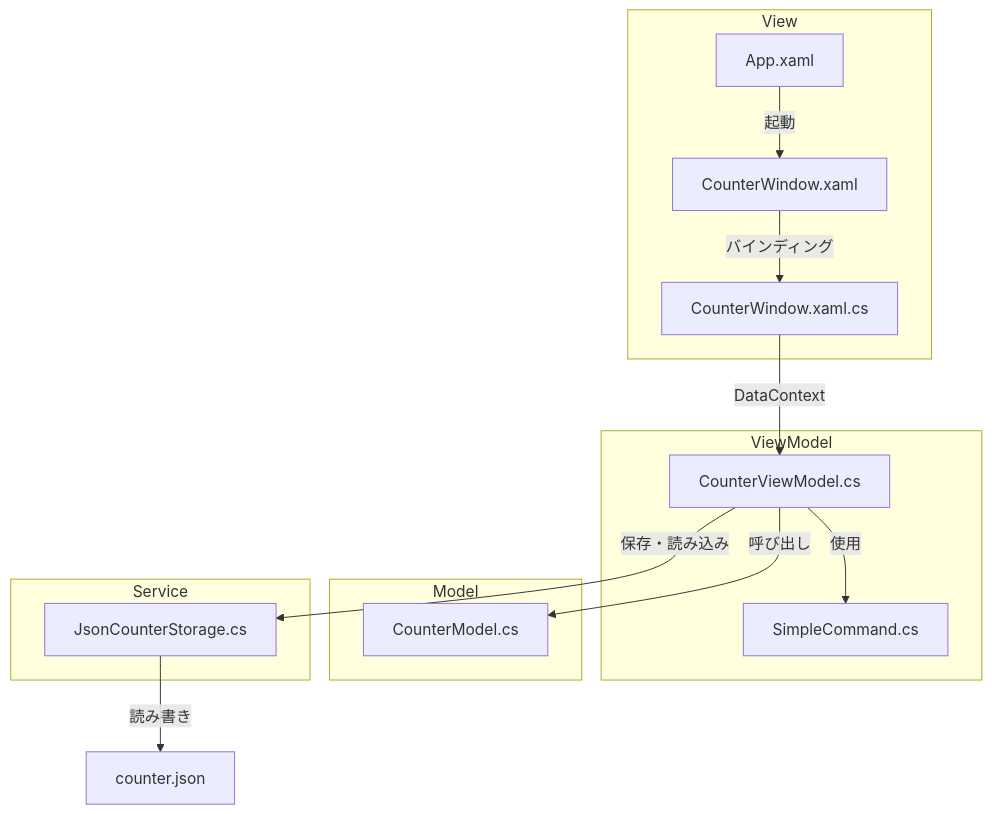
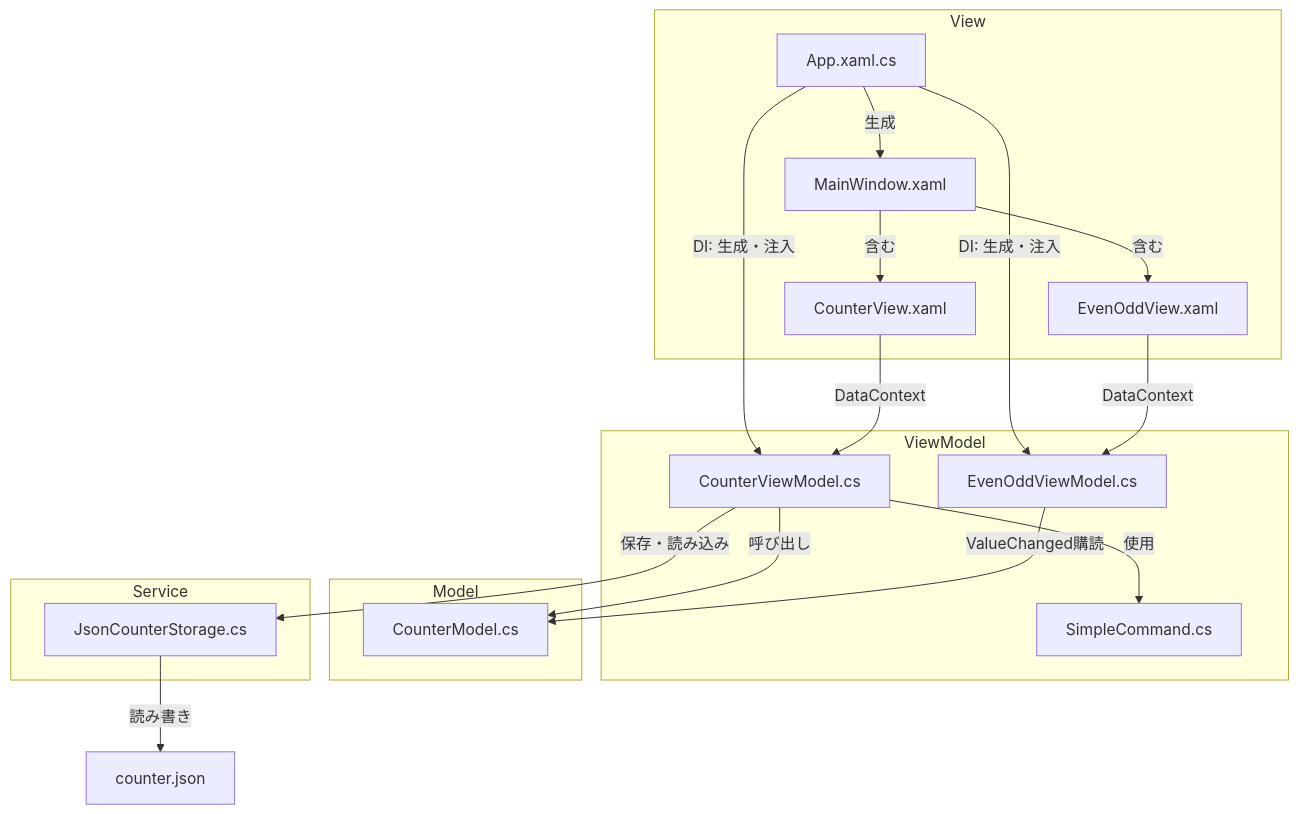
Before and after one commit to mizugame634978/wpf_mvvm_counter: the diagram in README.md, drawn with Mermaid.

Commit message:
docs: アーキテクチャ図を更新

````diff
--- a/README.md
+++ b/README.md
@@ -5,26 +5,33 @@
 ```mermaid
 graph TD
     subgraph View
-        App.xaml
-        CounterWindow.xaml
-        CounterWindow.xaml.cs
+        App.xaml.cs
+        MainWindow.xaml
+        CounterView.xaml
+        EvenOddView.xaml
     end
     subgraph ViewModel
         CounterViewModel.cs
+        EvenOddViewModel.cs
         SimpleCommand.cs
     end
     subgraph Model
         CounterModel.cs
     end
     subgraph Service
         JsonCounterStorage.cs
     end
 
-    App.xaml -->|起動| CounterWindow.xaml
-    CounterWindow.xaml -->|バインディング| CounterWindow.xaml.cs
-    CounterWindow.xaml.cs -->|DataContext| CounterViewModel.cs
+    App.xaml.cs -->|DI: 生成・注入| CounterViewModel.cs
+    App.xaml.cs -->|DI: 生成・注入| EvenOddViewModel.cs
+    App.xaml.cs -->|生成| MainWindow.xaml
+    MainWindow.xaml -->|含む| CounterView.xaml
+    MainWindow.xaml -->|含む| EvenOddView.xaml
+    CounterView.xaml -->|DataContext| CounterViewModel.cs
+    EvenOddView.xaml -->|DataContext| EvenOddViewModel.cs
     CounterViewModel.cs -->|使用| SimpleCommand.cs
     CounterViewModel.cs -->|呼び出し| CounterModel.cs
+    EvenOddViewModel.cs -->|ValueChanged購読| CounterModel.cs
     CounterViewModel.cs -->|保存・読み込み| JsonCounterStorage.cs
     JsonCounterStorage.cs -->|読み書き| counter.json
 ```
````
